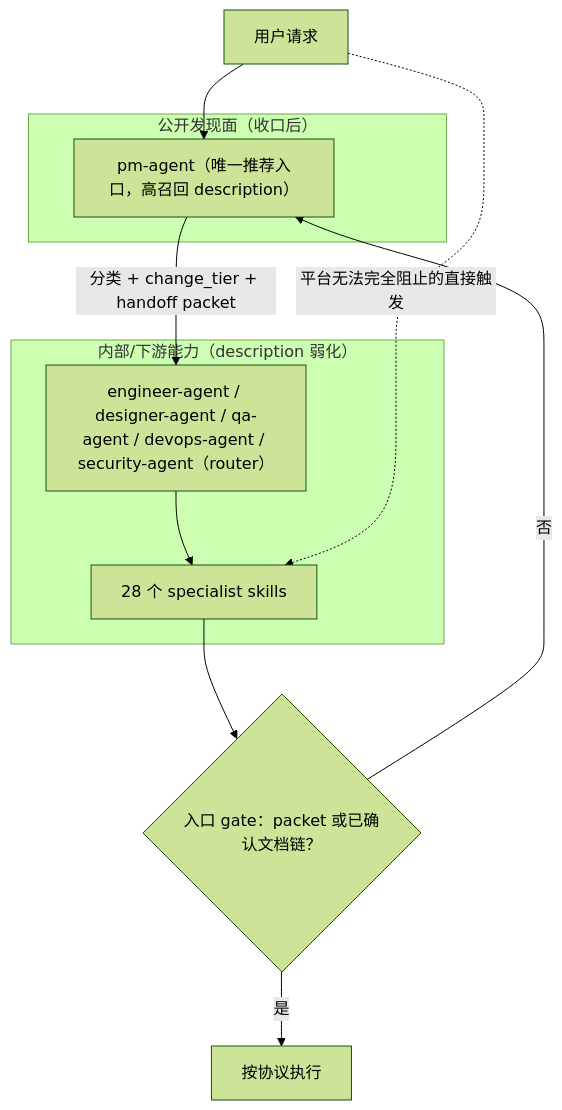
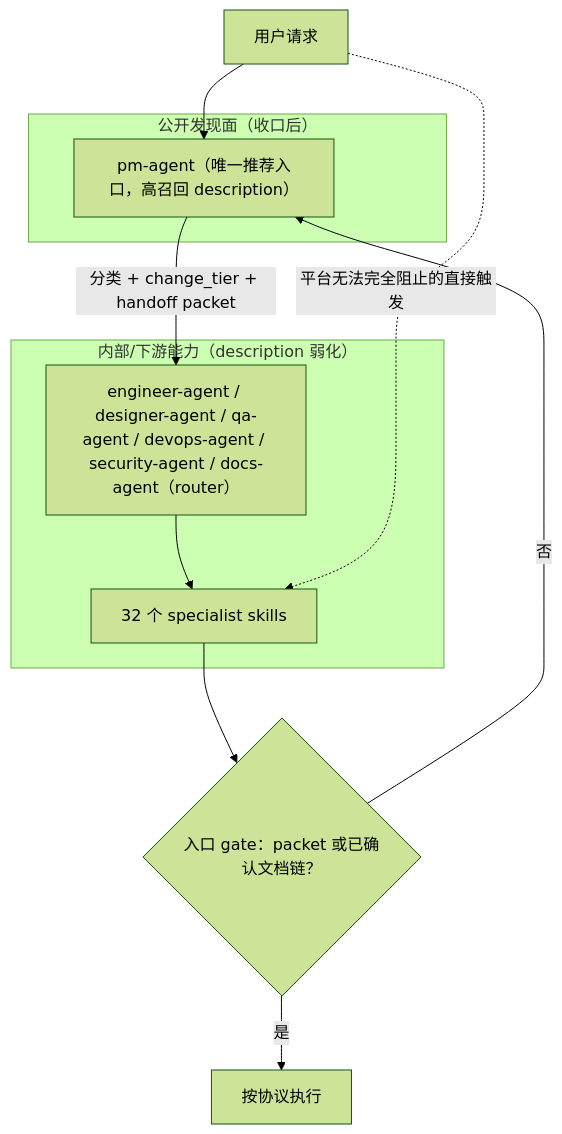
Before and after one commit to Neplich/dev-agent-skills: the diagram in docs/engineer/repository-governance/pm-single-entry/TRD.md, drawn with Mermaid (forest theme). The commit also changed other lines of this file and 10 other files, not shown here.

````diff
--- a/docs/engineer/repository-governance/pm-single-entry/TRD.md
+++ b/docs/engineer/repository-governance/pm-single-entry/TRD.md
@@ -59,17 +59,17 @@
 ```mermaid
 flowchart TD
     subgraph Public["公开发现面（收口后）"]
         PM["pm-agent（唯一推荐入口，高召回 description）"]
     end
     subgraph Internal["内部/下游能力（description 弱化）"]
-        R1["engineer-agent / designer-agent / qa-agent / devops-agent / security-agent（router）"]
-        S1["28 个 specialist skills"]
+        R1["engineer-agent / designer-agent / qa-agent / devops-agent / security-agent / docs-agent（router）"]
+        S1["32 个 specialist skills"]
     end
     U["用户请求"] --> PM
     PM -->|"分类 + change_tier + handoff packet"| R1
     R1 --> S1
     U -.->|"平台无法完全阻止的直接触发"| S1
     S1 --> G{"入口 gate：packet 或已确认文档链？"}
     G -->|"否"| PM
     G -->|"是"| X["按协议执行"]
 ```
````
